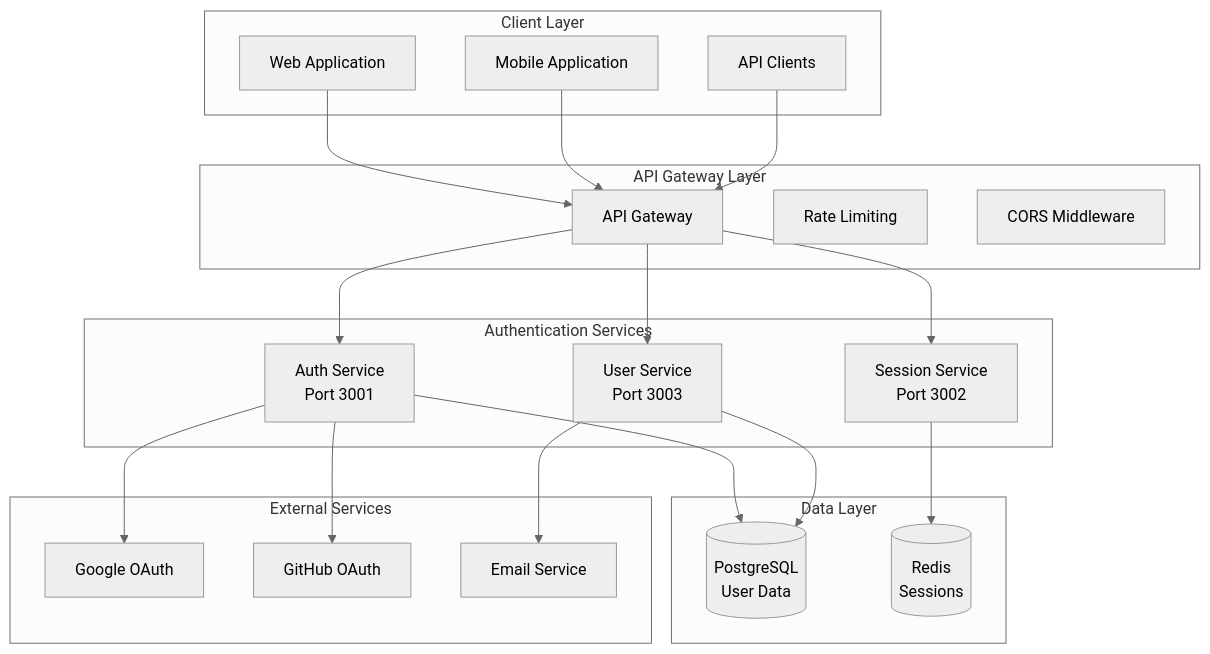
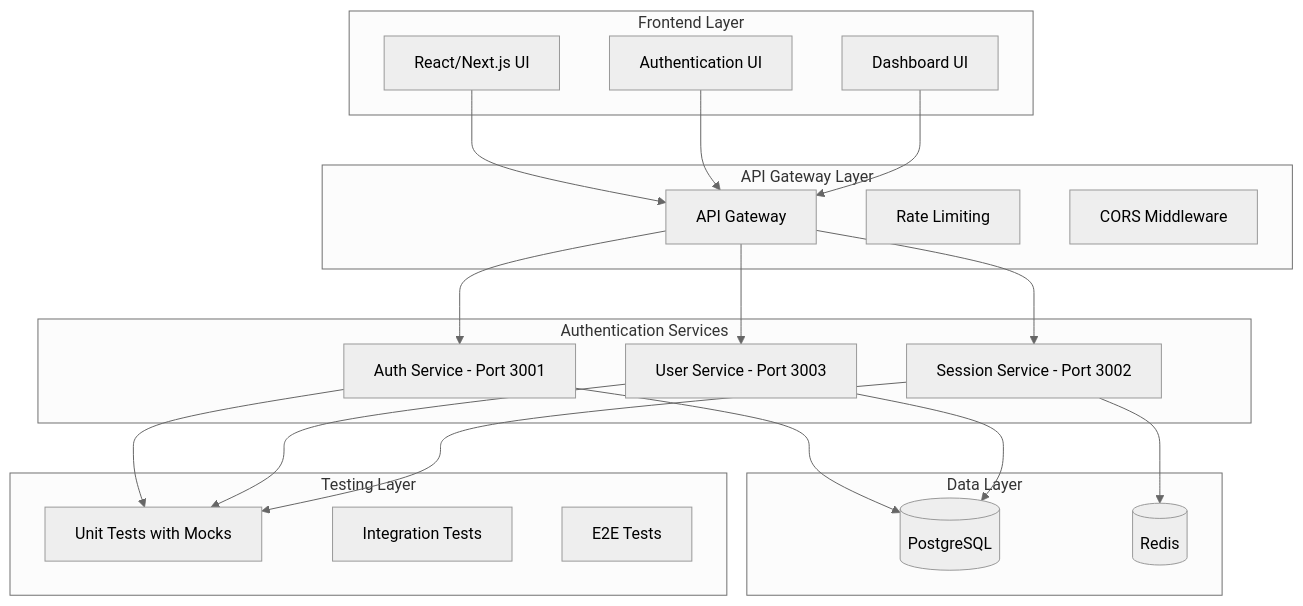
One commit to markffckyou12/microservices-auth-system changed the diagram in memory-bank/archive/archive-microservices-authentication-system-20241220.md. Above: the diagram before and after it, drawn with Mermaid (neutral theme). The commit also changed other lines of this file and 27 other files, not shown here.

````diff
--- a/memory-bank/archive/archive-microservices-authentication-system-20241220.md
+++ b/memory-bank/archive/archive-microservices-authentication-system-20241220.md
@@ -29,44 +17,44 @@
 ```mermaid
 graph TD
-    subgraph "Client Layer"
-        Web[Web Application]
-        Mobile[Mobile Application]
-        API[API Clients]
+    subgraph "Frontend Layer"
+        UI[React/Next.js UI]
+        AuthUI[Authentication UI]
+        Dashboard[Dashboard UI]
     end
     
     subgraph "API Gateway Layer"
         Gateway[API Gateway]
         RateLimit[Rate Limiting]
         CORS[CORS Middleware]
     end
     
     subgraph "Authentication Services"
-        AuthService[Auth Service<br/>Port 3001]
-        SessionService[Session Service<br/>Port 3002]
-        UserService[User Service<br/>Port 3003]
+        AuthService[Auth Service - Port 3001]
+        UserService[User Service - Port 3003]
+        SessionService[Session Service - Port 3002]
     end
     
     subgraph "Data Layer"
-        PostgreSQL[(PostgreSQL<br/>User Data)]
-        Redis[(Redis<br/>Sessions)]
+        PostgreSQL[(PostgreSQL)]
+        Redis[(Redis)]
     end
     
-    subgraph "External Services"
-        Google[Google OAuth]
-        GitHub[GitHub OAuth]
-        Email[Email Service]
+    subgraph "Testing Layer"
+        UnitTests[Unit Tests with Mocks]
+        IntegrationTests[Integration Tests]
+        E2ETests[E2E Tests]
     end
     
-    Web --> Gateway
-    Mobile --> Gateway
-    API --> Gateway
+    UI --> Gateway
+    AuthUI --> Gateway
+    Dashboard --> Gateway
     Gateway --> AuthService
+    Gateway --> UserService
     Gateway --> SessionService
-    Gateway --> UserService
     AuthService --> PostgreSQL
     UserService --> PostgreSQL
     SessionService --> Redis
-    AuthService --> Google
-    AuthService --> GitHub
-    UserService --> Email
+    AuthService --> UnitTests
+    UserService --> UnitTests
+    SessionService --> UnitTests
 ```
````
